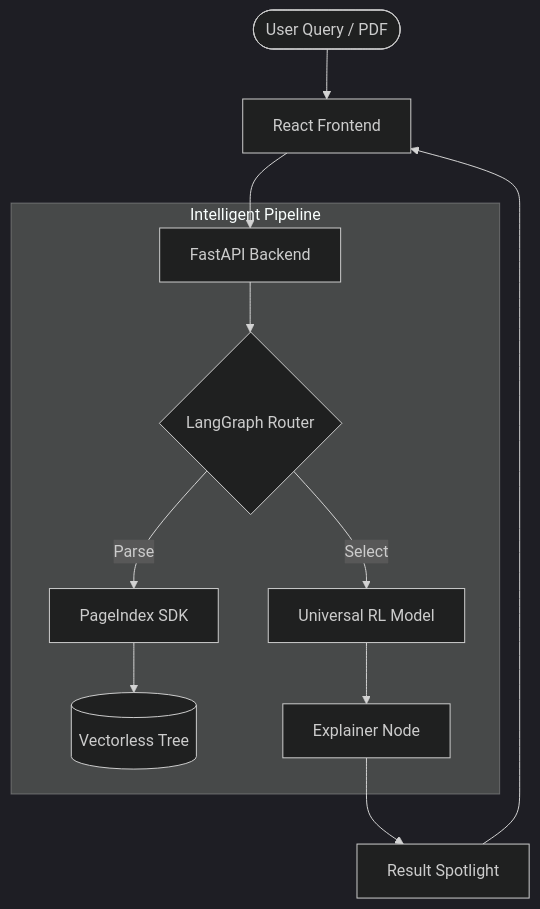
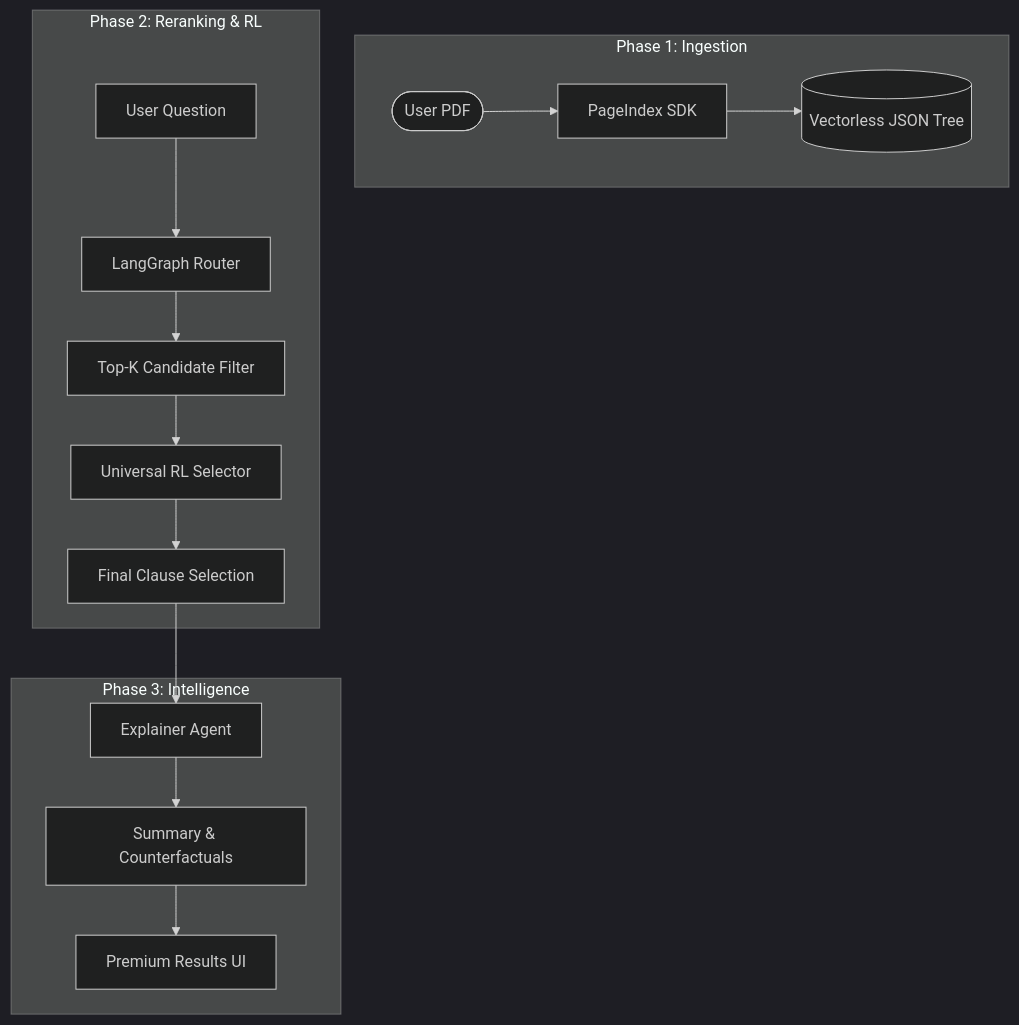
The diagram in README.md (Kanishkp19/Insureclear), drawn with Mermaid (dark theme) before and after one commit. The commit also changed other lines of this file, not shown here.

````diff
--- a/README.md
+++ b/README.md
@@ -36,16 +51,20 @@
 ```mermaid
 graph TD
-    User([User Query / PDF]) --> UI[React Frontend]
-    UI --> API[FastAPI Backend]
-    
-    subgraph "Intelligent Pipeline"
-        API --> Router{LangGraph Router}
-        Router -->|Parse| PI[PageIndex SDK]
-        Router -->|Select| RL[Universal RL Model]
-        PI --> Tree[(Vectorless Tree)]
-        RL --> Logic[Explainer Node]
+    subgraph "Phase 1: Ingestion"
+        A([User PDF]) --> B[PageIndex SDK]
+        B --> C[(Vectorless JSON Tree)]
     end
     
-    Logic --> Result[Result Spotlight]
-    Result --> UI
+    subgraph "Phase 2: Reranking & RL"
+        D[User Question] --> E[LangGraph Router]
+        E --> F[Top-K Candidate Filter]
+        F --> G[Universal RL Selector]
+        G --> H[Final Clause Selection]
+    end
+    
+    subgraph "Phase 3: Intelligence"
+        H --> I[Explainer Agent]
+        I --> J[Summary & Counterfactuals]
+        J --> K[Premium Results UI]
+    end
 ```
````
